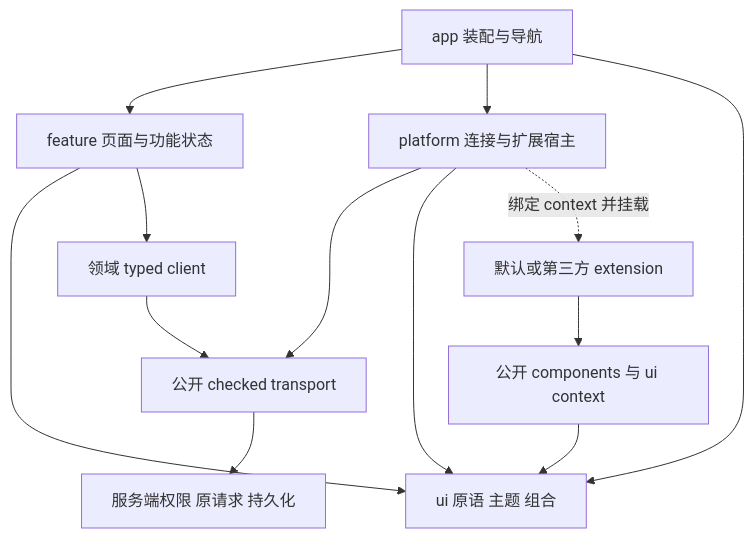
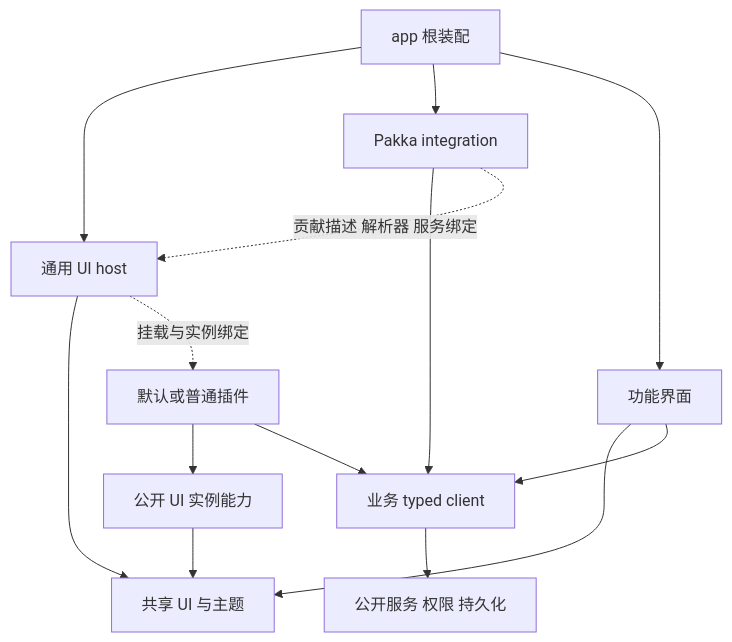
The diagram in docs/development/WEBUI-ARCHITECTURE.md (mapleluvr/pakka), drawn with Mermaid before and after one commit. The commit also changed other lines of this file and 16 other files, not shown here.

````diff
--- a/docs/development/WEBUI-ARCHITECTURE.md
+++ b/docs/development/WEBUI-ARCHITECTURE.md
@@ -91,15 +85,16 @@
 ```mermaid
 flowchart TD
-  App[app 装配与导航] --> Feature[feature 页面与功能状态]
-  App --> Platform[platform 连接与扩展宿主]
-  App --> UI[ui 原语 主题 组合]
+  App[app 根装配] --> Host[通用 UI host]
+  App --> Integration[Pakka integration]
+  App --> Feature[功能界面]
+  Host --> UI[共享 UI 与主题]
   Feature --> UI
-  Feature --> Client[领域 typed client]
-  Client --> Transport[公开 checked transport]
-  Platform --> Transport
-  Platform --> UI
-  Ext[默认或第三方 extension] --> SDK[公开 components 与 ui context]
+  Feature --> Client[业务 typed client]
+  Integration --> Client
+  Client --> Service[公开服务 权限 持久化]
+  Plugin[默认或普通插件] --> SDK[公开 UI 实例能力]
+  Plugin --> Client
   SDK --> UI
-  Platform -. 绑定 context 并挂载 .-> Ext
-  Transport --> Service[服务端权限 原请求 持久化]
+  Host -. 挂载与实例绑定 .-> Plugin
+  Integration -. 贡献描述 解析器 服务绑定 .-> Host
 ```
````
